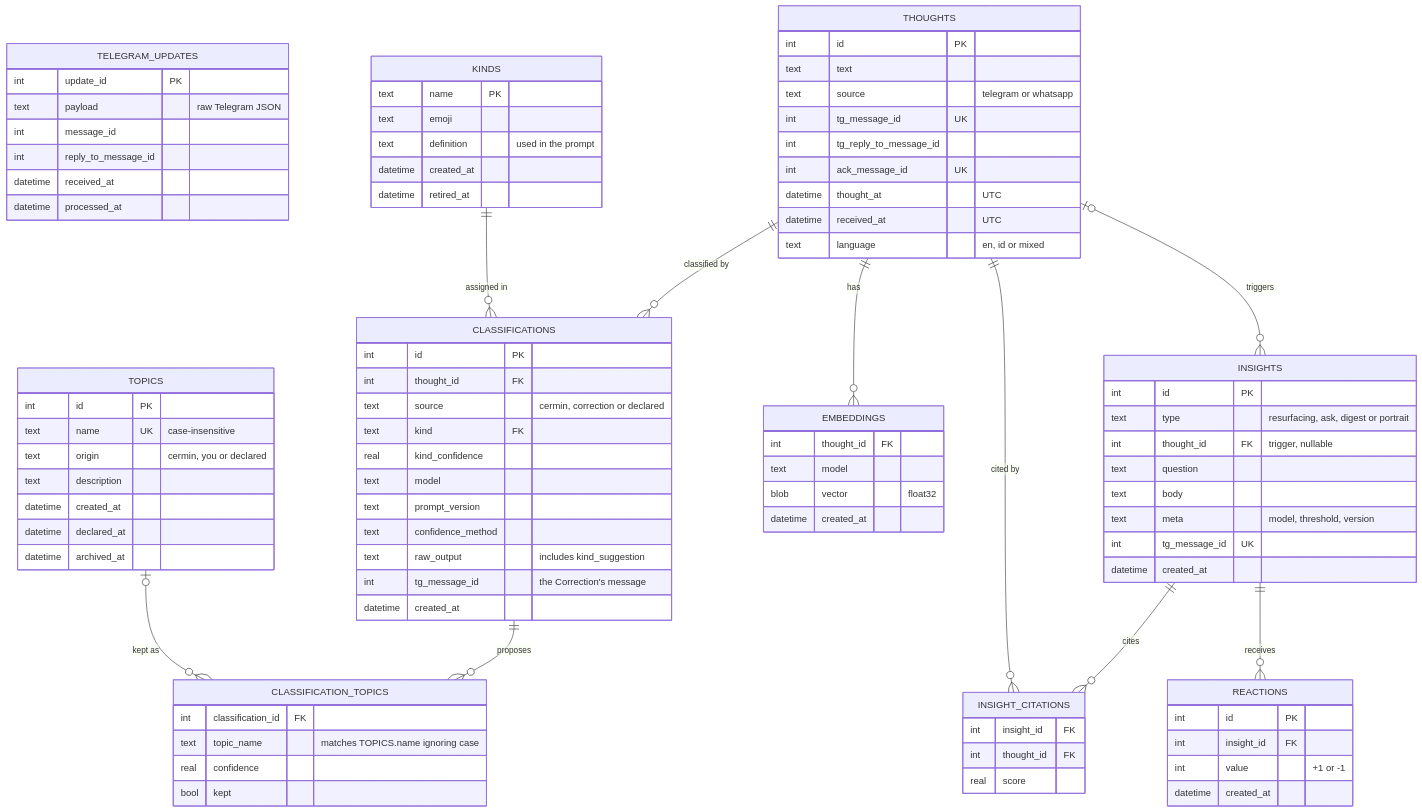
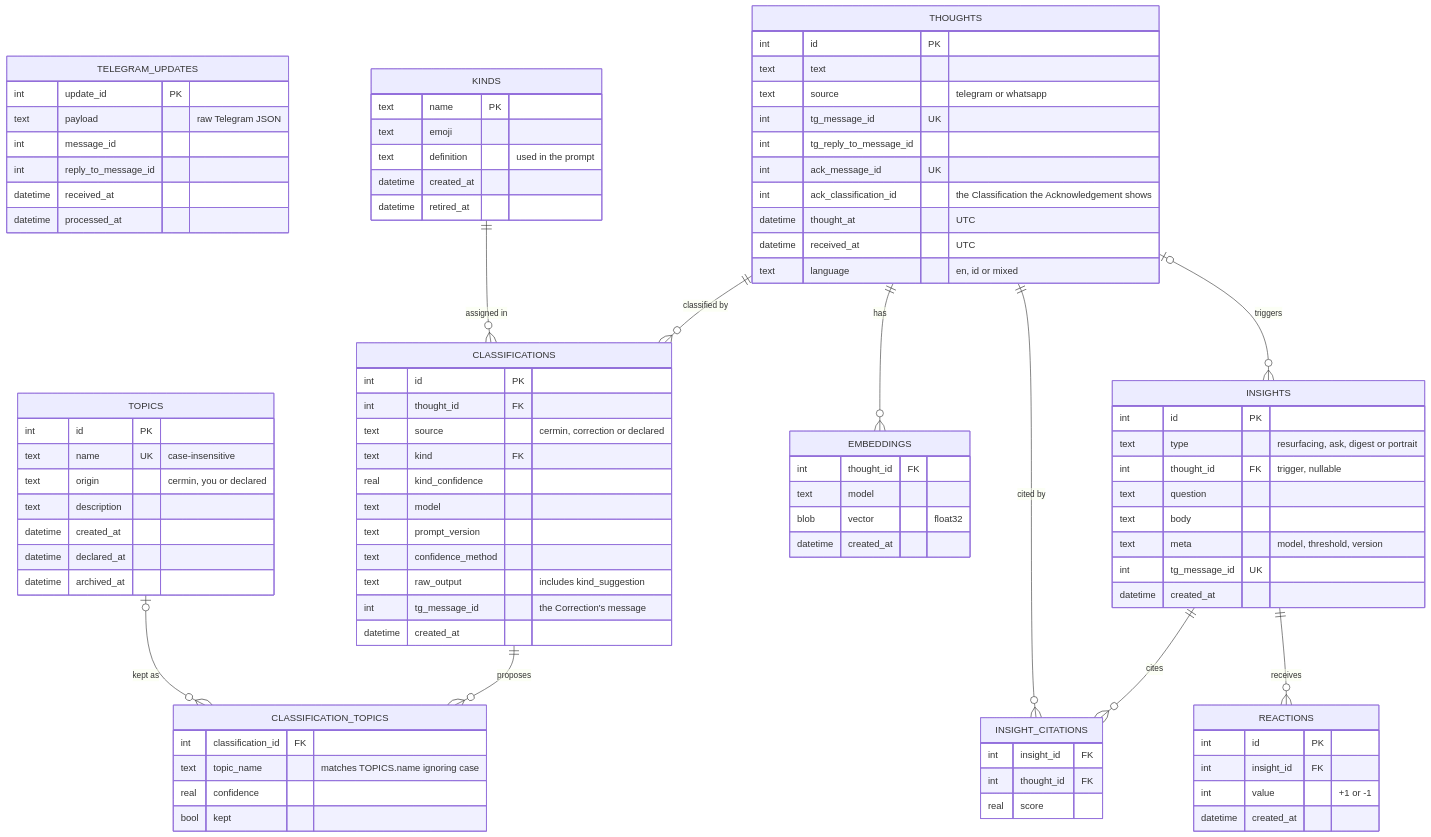
Before and after one commit to Arkoes07/cermin: the third of 4 diagrams in docs/design/high-level-design.md, drawn with Mermaid. The commit also changed other lines of this file and 7 other files, not shown here.

```diff
--- a/docs/design/high-level-design.md
+++ b/docs/design/high-level-design.md
@@ -195,6 +195,7 @@
         int tg_message_id UK
         int tg_reply_to_message_id
         int ack_message_id UK
+        int ack_classification_id "the Classification the Acknowledgement shows"
         datetime thought_at "UTC"
         datetime received_at "UTC"
         text language "en, id or mixed"
```
